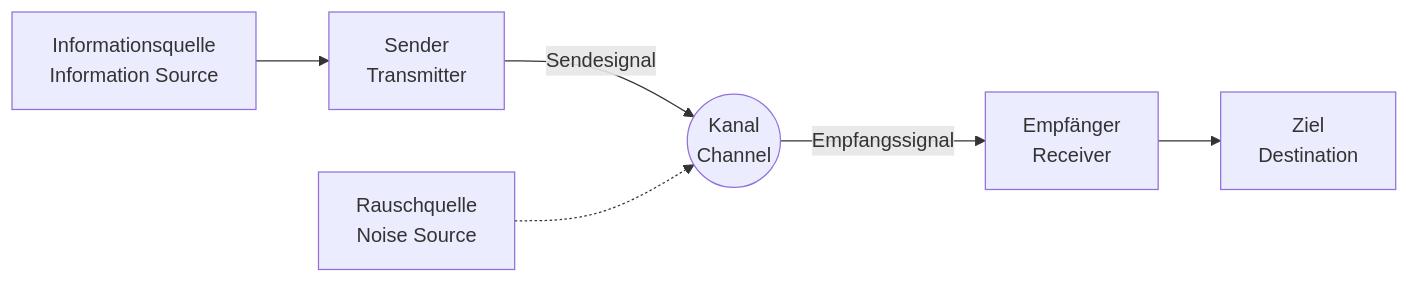
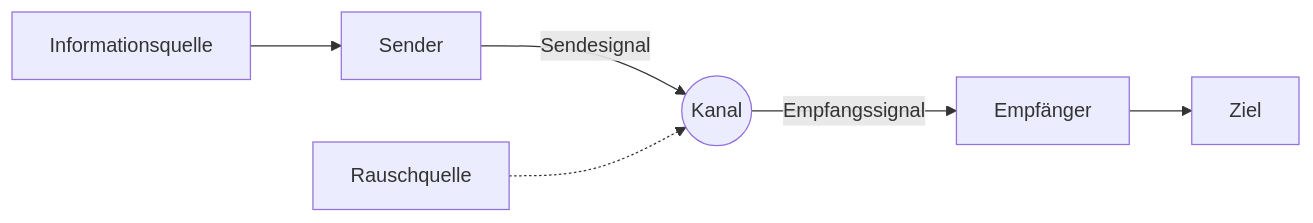
The diagram in content/post/information-theory-shannon-entropy/index.de.md (kenjinote/blog), drawn with Mermaid before and after one commit. The commit also changed other lines of this file and 8 other files, not shown here.

````diff
--- a/content/post/information-theory-shannon-entropy/index.de.md
+++ b/content/post/information-theory-shannon-entropy/index.de.md
@@ -29,8 +30,8 @@
 ```mermaid
 graph LR
-    A["Informationsquelle<br>Information Source"] --> B["Sender<br>Transmitter"]
-    B -->|"Sendesignal"| C(("Kanal<br>Channel"))
-    C -->|"Empfangssignal"| D["Empfänger<br>Receiver"]
-    D --> E["Ziel<br>Destination"]
-    N["Rauschquelle<br>Noise Source"] -.-> C
+    A["Informationsquelle"] --> B["Sender"]
+    B -->|"Sendesignal"| C(("Kanal"))
+    C -->|"Empfangssignal"| D["Empfänger"]
+    D --> E["Ziel"]
+    N["Rauschquelle"] -.-> C
 ```
````
